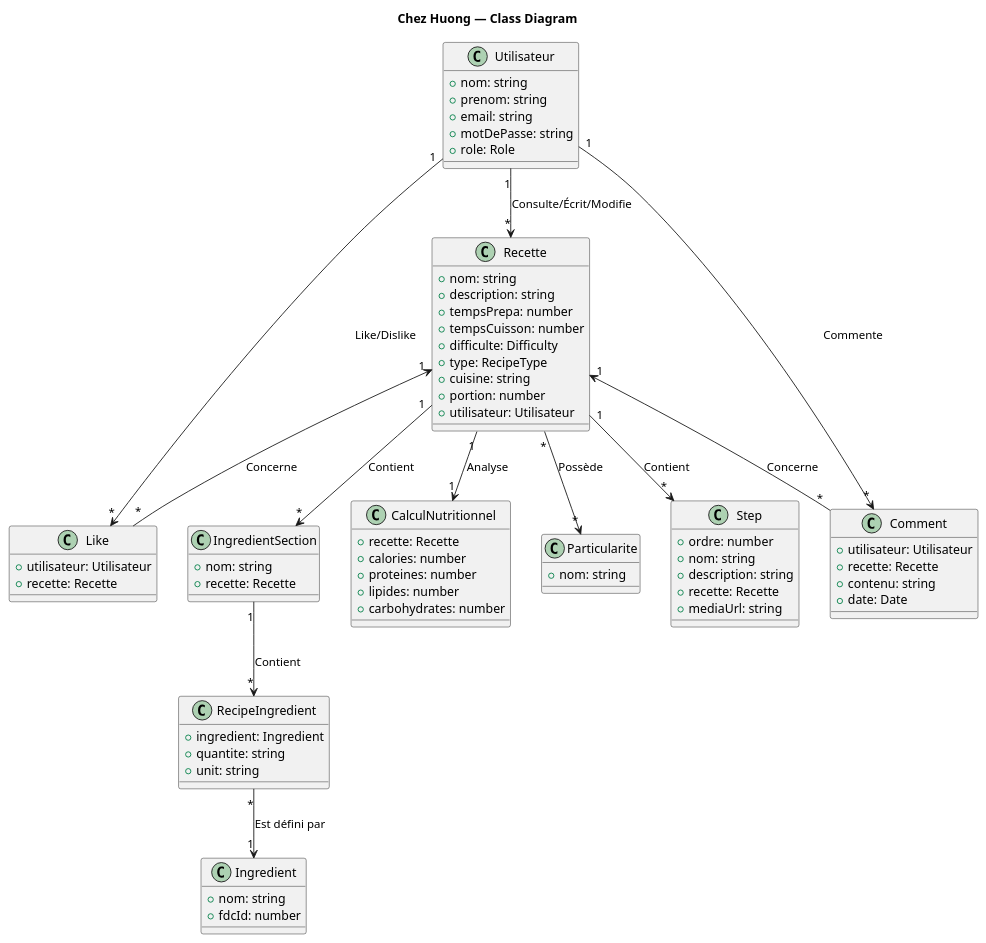
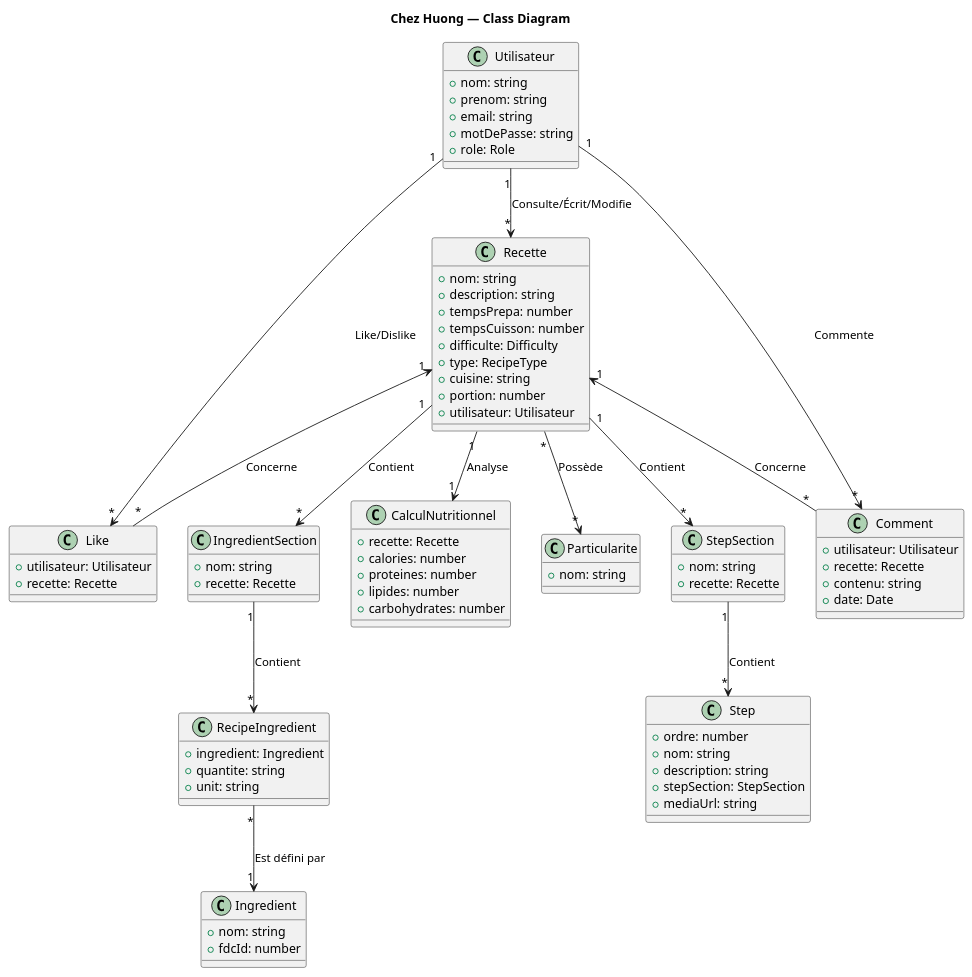
The diagram in docs/diagrams/class_diagram.puml (Orchydae/Chez_Huong), drawn with PlantUML before and after one commit. The commit also changed 11 other files, not shown here.

```diff
--- a/docs/diagrams/class_diagram.puml
+++ b/docs/diagrams/class_diagram.puml
@@ -1,91 +1,97 @@
 @startuml class_diagram
 title Chez Huong — Class Diagram
 
 skinparam componentStyle rectangle
 skinparam defaultFontName Monospace
 
 class Utilisateur {
     +nom: string
     +prenom: string
     +email: string
     +motDePasse: string
     +role: Role
 }
 
 class Recette {
     +nom: string
     +description: string
     +tempsPrepa: number
     +tempsCuisson: number
     +difficulte: Difficulty
     +type: RecipeType
     +cuisine: string
     +portion: number
     +utilisateur: Utilisateur
 }
 
 class Particularite {
     +nom: string
 }
 
+class StepSection {
+    +nom: string
+    +recette: Recette
+}
+
 class Step {
     +ordre: number
     +nom: string
     +description: string
-    +recette: Recette
+    +stepSection: StepSection
     +mediaUrl: string
 }
 
 class IngredientSection {
     +nom: string
     +recette: Recette
 }
 
 class Ingredient {
     +nom: string
     +fdcId: number
 }
 
 class RecipeIngredient {
     +ingredient: Ingredient
     +quantite: string
     +unit: string
 }
 
 class Like {
     +utilisateur: Utilisateur
     +recette: Recette
 }
 
 class Comment {
     +utilisateur: Utilisateur
     +recette: Recette
     +contenu: string
     +date: Date
 }
 
 class CalculNutritionnel {
     +recette: Recette
     +calories: number
     +proteines: number
     +lipides: number
     +carbohydrates: number
 }
 
 Utilisateur "1" --> "*" Recette: Consulte/Écrit/Modifie
 
 Recette "1" --> "*" IngredientSection: Contient
 IngredientSection "1" --> "*" RecipeIngredient: Contient
 RecipeIngredient "*" --> "1" Ingredient: Est défini par
 
 Recette "*" --> "*" Particularite: Possède
 
 Recette "1" --> "1" CalculNutritionnel: Analyse
 Recette "1" <-- "*" Like: Concerne
 Recette "1" <-- "*" Comment: Concerne
-Recette "1" --> "*" Step: Contient
+Recette "1" --> "*" StepSection: Contient
+StepSection "1" --> "*" Step: Contient
 
 Utilisateur "1" --> "*" Like: Like/Dislike
 Utilisateur "1" --> "*" Comment: Commente
 
 @enduml
```
